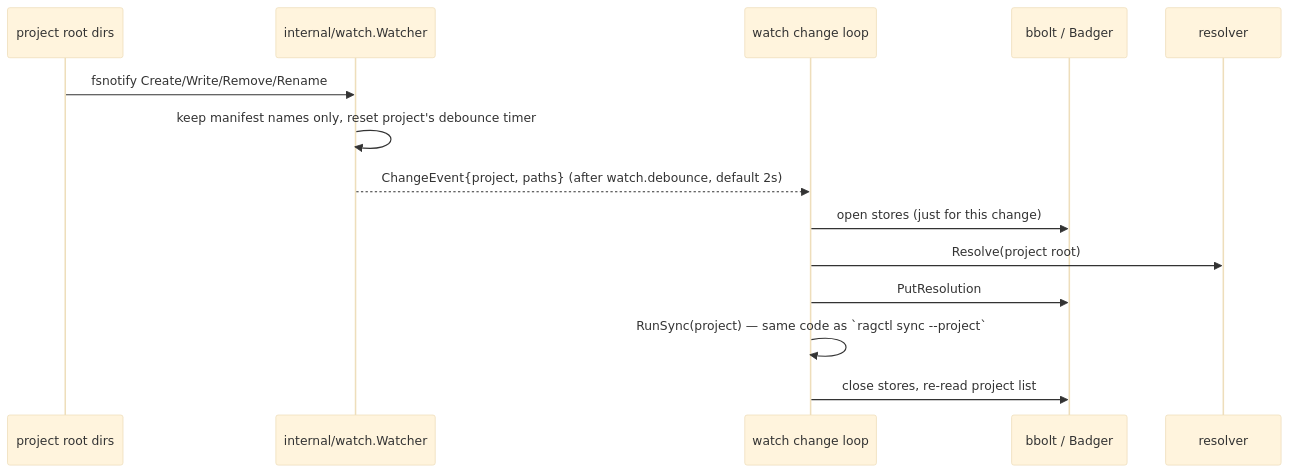
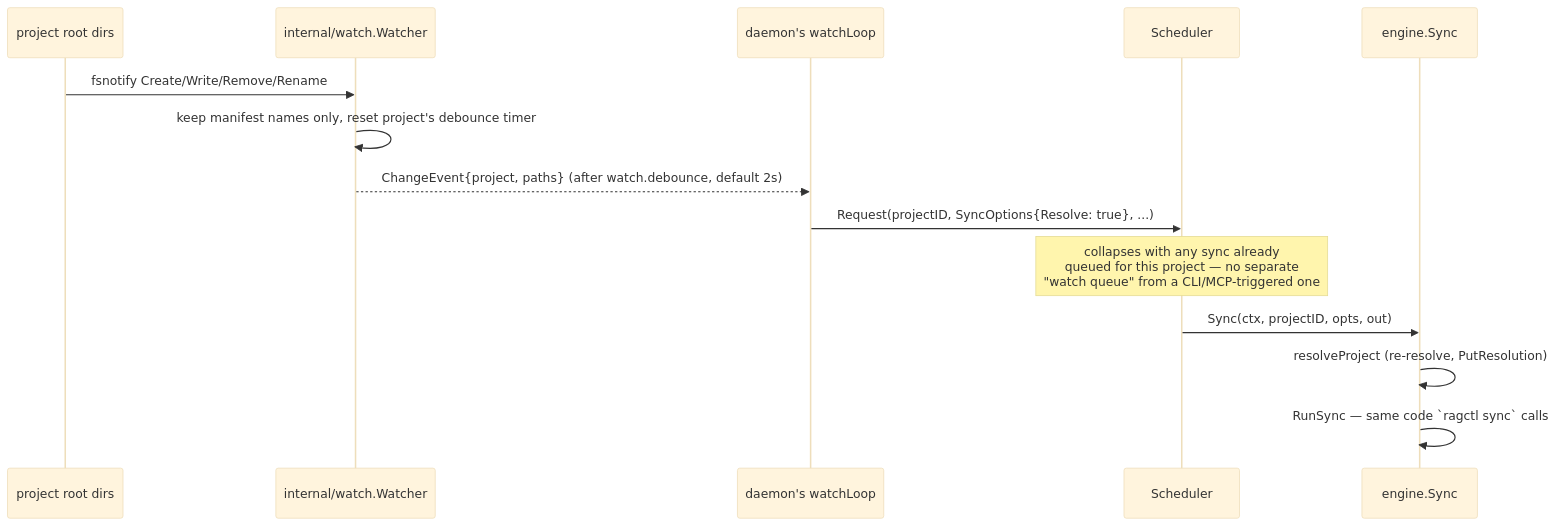
Before and after one commit to aleutian-ai/depctl: diagram 12 of 12 in docs/architecture.md, drawn with Mermaid (base theme). The commit also changed other lines of this file and 4 other files, not shown here.

````diff
--- a/docs/architecture.md
+++ b/docs/architecture.md
@@ -442,16 +477,17 @@
 ```mermaid
 sequenceDiagram
     participant FS as project root dirs
     participant W as internal/watch.Watcher
-    participant L as watch change loop
-    participant S as bbolt / Badger
-    participant R as resolver
+    participant L as daemon's watchLoop
+    participant Sched as Scheduler
+    participant Engine as engine.Sync
+
     FS->>W: fsnotify Create/Write/Remove/Rename
     W->>W: keep manifest names only, reset project's debounce timer
     W-->>L: ChangeEvent{project, paths} (after watch.debounce, default 2s)
-    L->>S: open stores (just for this change)
-    L->>R: Resolve(project root)
-    L->>S: PutResolution
-    L->>L: RunSync(project) — same code as `ragctl sync --project`
-    L->>S: close stores, re-read project list
+    L->>Sched: Request(projectID, SyncOptions{Resolve: true}, ...)
+    Note over Sched: collapses with any sync already<br/>queued for this project — no separate<br/>"watch queue" from a CLI/MCP-triggered one
+    Sched->>Engine: Sync(ctx, projectID, opts, out)
+    Engine->>Engine: resolveProject (re-resolve, PutResolution)
+    Engine->>Engine: RunSync — same code `ragctl sync` calls
 ```
````
